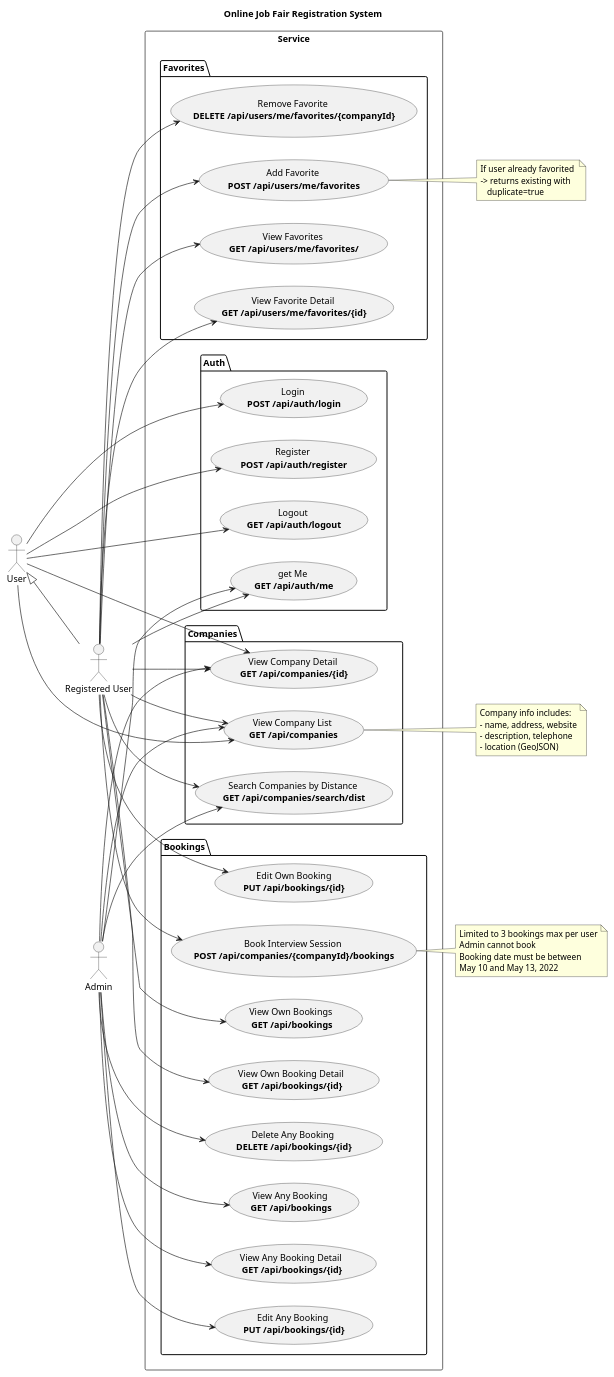
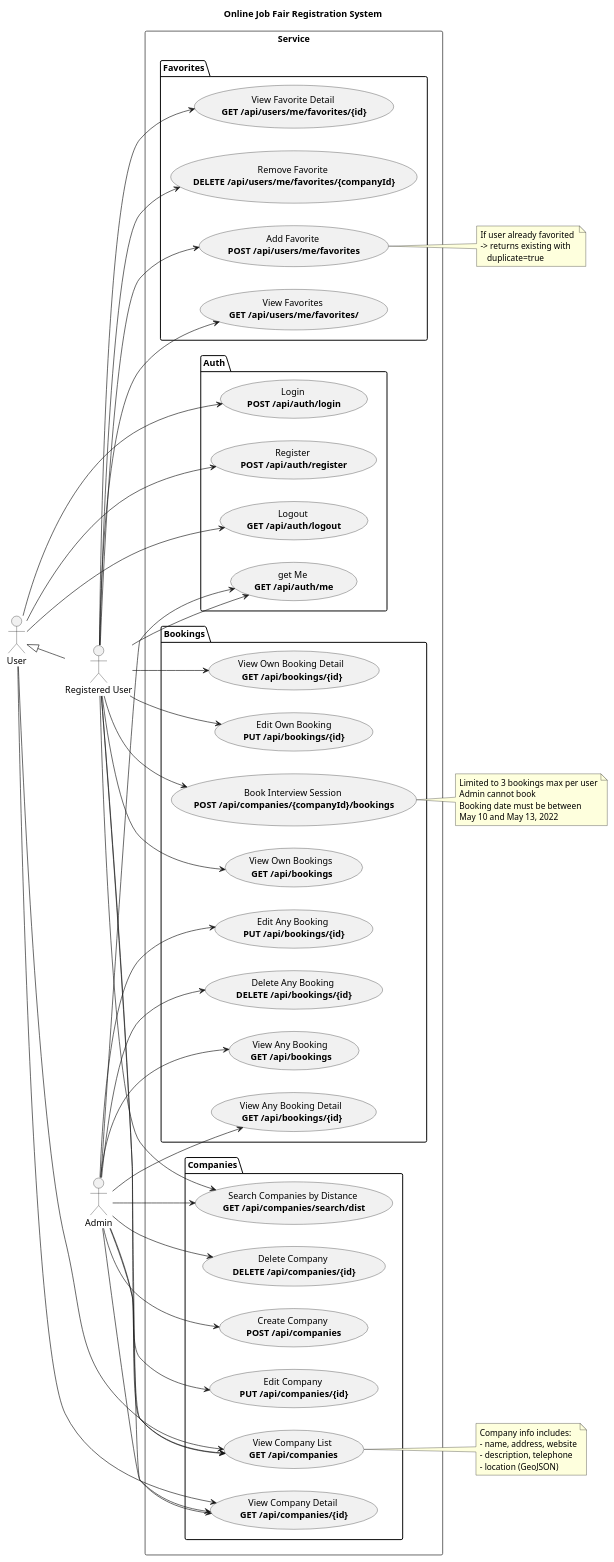
The diagram in docs/diagram/usecase.puml (098ff/ArtmaybeDEV), drawn with PlantUML before and after one commit. The commit also changed 5 other files, not shown here.

Commit message:
fix/class & usecase diagram

```diff
--- a/docs/diagram/usecase.puml
+++ b/docs/diagram/usecase.puml
@@ -1,96 +1,102 @@
 @startuml
 title Online Job Fair Registration System
 left to right direction
 skinparam shadowing false
 
 actor User
 actor "Registered User" as Reg
 actor Admin
 
 User <|-- Reg
 
 rectangle "Service" {
 
   package "Auth" {
     usecase "Login \n<b>POST /api/auth/login" as UC_Login
     usecase "Register \n<b>POST /api/auth/register" as UC_Register
     usecase "Logout \n<b>GET /api/auth/logout" as UC_Logout
     usecase "get Me \n<b>GET /api/auth/me" as UC_GetMe
   }
   
   package "Companies" {
     usecase "View Company List \n<b>GET /api/companies" as UC_Companies
     usecase "View Company Detail \n<b>GET /api/companies/{id}" as UC_CompanyDetail
     usecase "Search Companies by Distance \n<b>GET /api/companies/search/dist" as UC_CompanyDist
+    usecase "Create Company \n<b>POST /api/companies" as UC_CompanyCreate
+    usecase "Edit Company \n<b>PUT /api/companies/{id}" as UC_CompanyEdit
+    usecase "Delete Company \n<b>DELETE /api/companies/{id}" as UC_CompanyDelete
   }
   ' User
   package "Bookings" {
       usecase "Book Interview Session \n<b>POST /api/companies/{companyId}/bookings" as UC_Book
       usecase "View Own Bookings \n<b>GET /api/bookings" as UC_ViewOwn
       usecase "View Own Booking Detail \n<b>GET /api/bookings/{id}" as UC_ViewOwnDetail
       usecase "Edit Own Booking\n<b>PUT /api/bookings/{id}" as UC_EditOwn
       usecase "View Any Booking \n<b>GET /api/bookings" as UC_ViewAny
       usecase "View Any Booking Detail \n<b>GET /api/bookings/{id}" as UC_ViewAnyDetail
       usecase "Edit Any Booking \n<b>PUT /api/bookings/{id}" as UC_EditAny
       usecase "Delete Any Booking \n<b>DELETE /api/bookings/{id}" as UC_DeleteAny
   }
 
 
   package "Favorites" {
     usecase "Add Favorite \n<b>POST /api/users/me/favorites" as UC_FavAdd
     usecase "View Favorites \n<b>GET /api/users/me/favorites/" as UC_FavList
     usecase "View Favorite Detail \n<b>GET /api/users/me/favorites/{id}" as UC_FavDetail
     usecase "Remove Favorite \n<b>DELETE /api/users/me/favorites/{companyId}" as UC_FavDel
   }
 
 }
 
 User --> UC_Login
 User --> UC_Register
 User --> UC_Logout
 User --> UC_Companies
 User --> UC_CompanyDetail
 
 Reg --> UC_GetMe
 Reg --> UC_Book
 Reg --> UC_ViewOwn
 Reg --> UC_EditOwn
 Reg --> UC_Companies
 Reg --> UC_CompanyDetail
 Reg --> UC_CompanyDist
 Reg --> UC_FavAdd
 Reg --> UC_FavList
 Reg --> UC_FavDel
 Reg --> UC_FavDetail
 Reg --> UC_ViewOwnDetail
 
 Admin --> UC_GetMe
 Admin --> UC_ViewAny
 Admin --> UC_EditAny
 Admin --> UC_DeleteAny
 Admin --> UC_Companies
 Admin --> UC_CompanyDetail
 Admin --> UC_CompanyDist
 Admin --> UC_ViewAnyDetail
+Admin --> UC_CompanyCreate
+Admin --> UC_CompanyEdit
+Admin --> UC_CompanyDelete
 
 note right of UC_Book
   Limited to 3 bookings max per user
   Admin cannot book
   Booking date must be between 
   May 10 and May 13, 2022
 end note
 
 note right of UC_Companies
   Company info includes:
   - name, address, website
   - description, telephone
   - location (GeoJSON)
 end note
 
 note right of UC_FavAdd
   If user already favorited 
   -> returns existing with 
      duplicate=true
 end note
 
 @enduml
```
